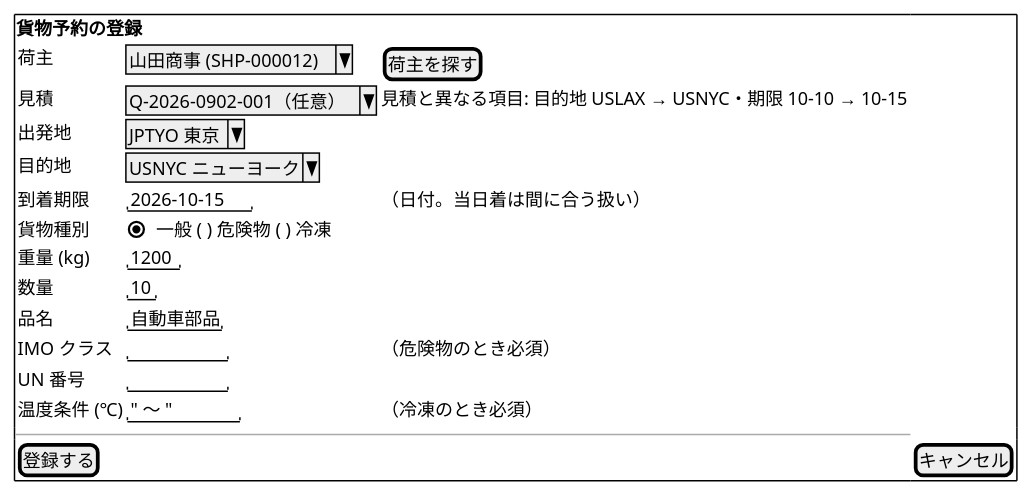
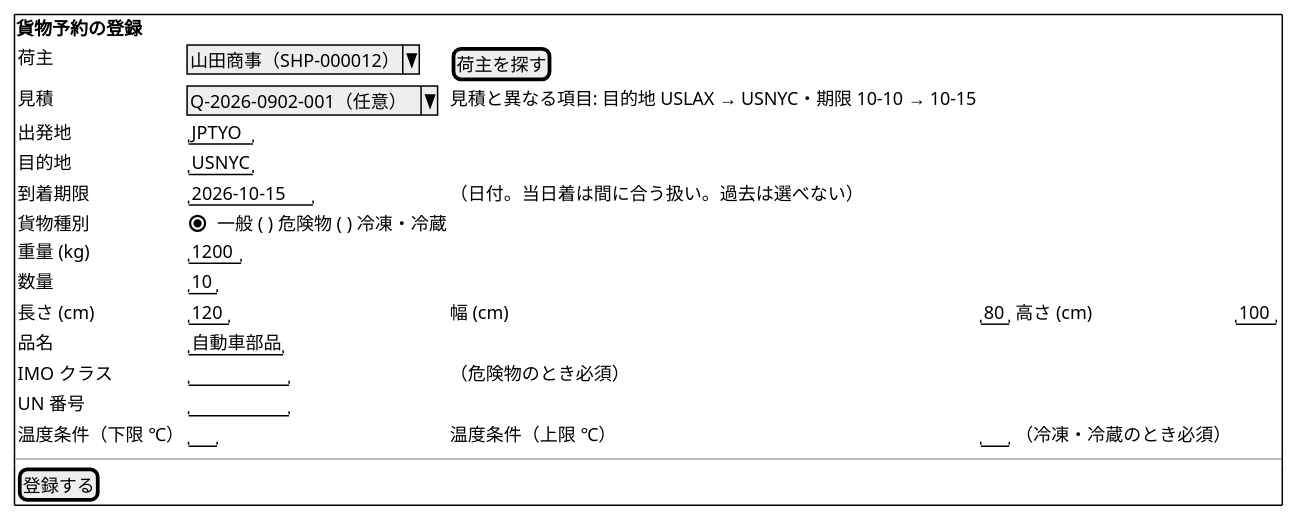
Diagram 12 of 26 in docs/design/cargo-tracker/ui_design.md (k2works/case-study-cargo-tracker), drawn with PlantUML before and after one commit. The commit also changed other lines of this file and 6 other files, not shown here.

````diff
--- a/docs/design/cargo-tracker/ui_design.md
+++ b/docs/design/cargo-tracker/ui_design.md
@@ -581,23 +581,24 @@
 ```plantuml
 @startsalt
 {+
   <b>貨物予約の登録
   {
-    荷主 | ^山田商事 (SHP-000012)^ | [荷主を探す]
+    荷主 | ^山田商事（SHP-000012）^ | [荷主を探す]
     見積 | ^Q-2026-0902-001（任意）^ | 見積と異なる項目: 目的地 USLAX → USNYC・期限 10-10 → 10-15
-    出発地 | ^JPTYO 東京^
-    目的地 | ^USNYC ニューヨーク^
-    到着期限 | "2026-10-15" | （日付。当日着は間に合う扱い）
-    貨物種別 | (X) 一般 ( ) 危険物 ( ) 冷凍
+    出発地 | "JPTYO"
+    目的地 | "USNYC"
+    到着期限 | "2026-10-15" | （日付。当日着は間に合う扱い。過去は選べない）
+    貨物種別 | (X) 一般 ( ) 危険物 ( ) 冷凍・冷蔵
     重量 (kg) | "1200"
     数量 | "10"
+    長さ (cm) | "120" | 幅 (cm) | "80" | 高さ (cm) | "100"
     品名 | "自動車部品"
     IMO クラス | "        " | （危険物のとき必須）
     UN 番号 | "        "
-    温度条件 (℃) | "  " 〜 "  " | （冷凍のとき必須）
+    温度条件（下限 ℃） | "  " | 温度条件（上限 ℃） | "  " | （冷凍・冷蔵のとき必須）
   }
   ---
-  [登録する] | [キャンセル]
+  [登録する]
 }
 @endsalt
 ```
````
